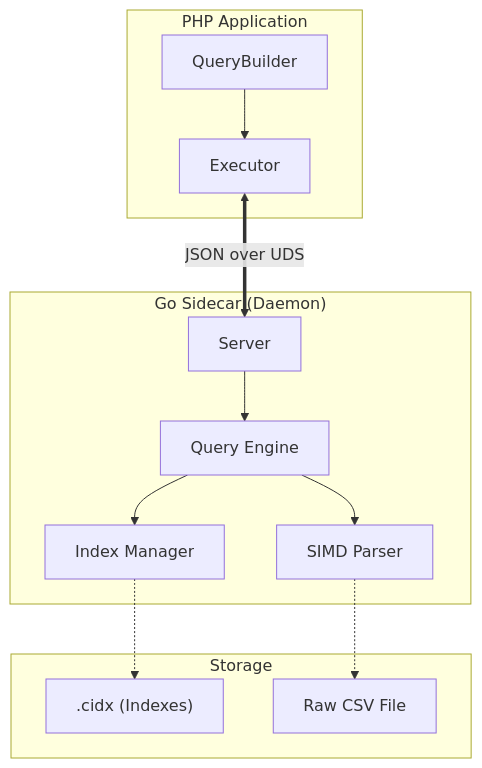
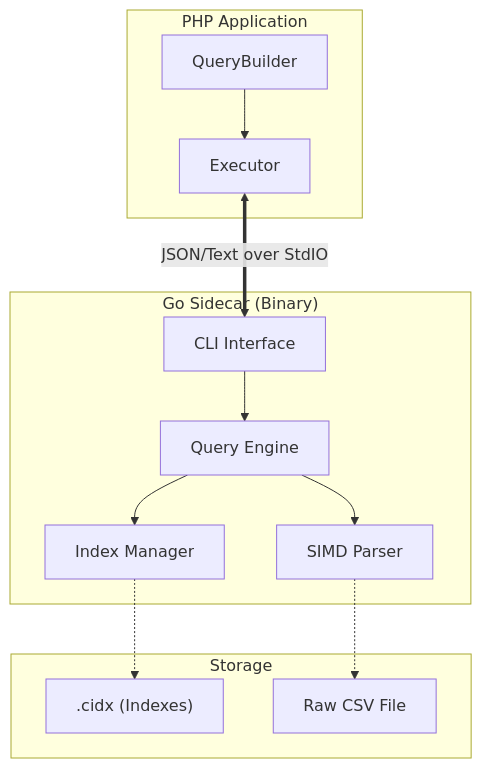
One commit to iamhimansu/csvquery changed the diagram in README.md. Above: the diagram before and after it, drawn with Mermaid. The commit also changed other lines of this file and 35 other files, not shown here.

````diff
--- a/README.md
+++ b/README.md
@@ -23,18 +23,18 @@
 ```mermaid
 graph TD
     subgraph "PHP Application"
         QB[QueryBuilder] --> EB[Executor]
     end
 
-    subgraph "Go Sidecar (Daemon)"
-        EB <== "JSON over UDS" ==> SD[Server]
-        SD --> QE[Query Engine]
+    subgraph "Go Sidecar (Binary)"
+        EB <== "JSON/Text over StdIO" ==> CLI[CLI Interface]
+        CLI --> QE[Query Engine]
         QE --> IDX[Index Manager]
         QE --> PAR[SIMD Parser]
     end
 
     subgraph "Storage"
         IDX -.-> CIDX[".cidx (Indexes)"]
         PAR -.-> CSV["Raw CSV File"]
     end
 ```
````
